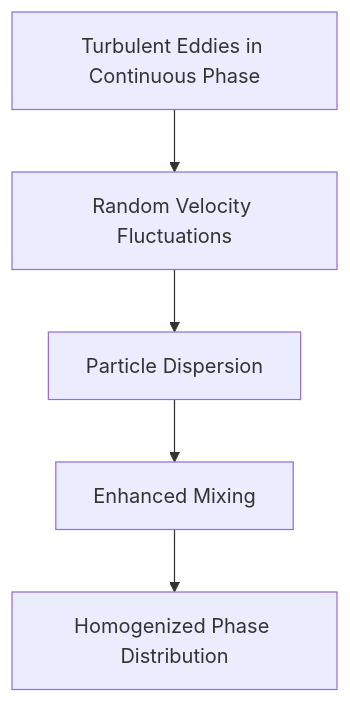
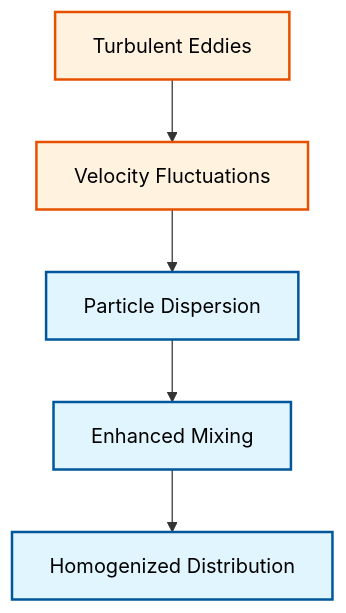
One commit to wramet/build-my-cfd changed the first of 5 diagrams in MODULE_04_MULTIPHASE_FUNDAMENTALS/CONTENT/07_TURBULENT_DISPERSION/02_Specific_Models.md. Above: the diagram before and after it, drawn with Mermaid. The commit also changed other lines of this file and 313 other files, not shown here.

Commit message:
Revise all diagram

````diff
--- a/MODULE_04_MULTIPHASE_FUNDAMENTALS/CONTENT/07_TURBULENT_DISPERSION/02_Specific_Models.md
+++ b/MODULE_04_MULTIPHASE_FUNDAMENTALS/CONTENT/07_TURBULENT_DISPERSION/02_Specific_Models.md
@@ -31,7 +31,9 @@
 ```mermaid
 flowchart TD
-    A[Turbulent Eddies in Continuous Phase] --> B[Random Velocity Fluctuations]
-    B --> C[Particle Dispersion]
-    C --> D[Enhanced Mixing]
-    D --> E[Homogenized Phase Distribution]
+classDef implicit fill:#e1f5fe,stroke:#01579b,stroke-width:2px,color:#000
+classDef explicit fill:#fff3e0,stroke:#e65100,stroke-width:2px,color:#000
+A[Turbulent Eddies]:::explicit --> B[Velocity Fluctuations]:::explicit
+B --> C[Particle Dispersion]:::implicit
+C --> D[Enhanced Mixing]:::implicit
+D --> E[Homogenized Distribution]:::implicit
 ```
````
